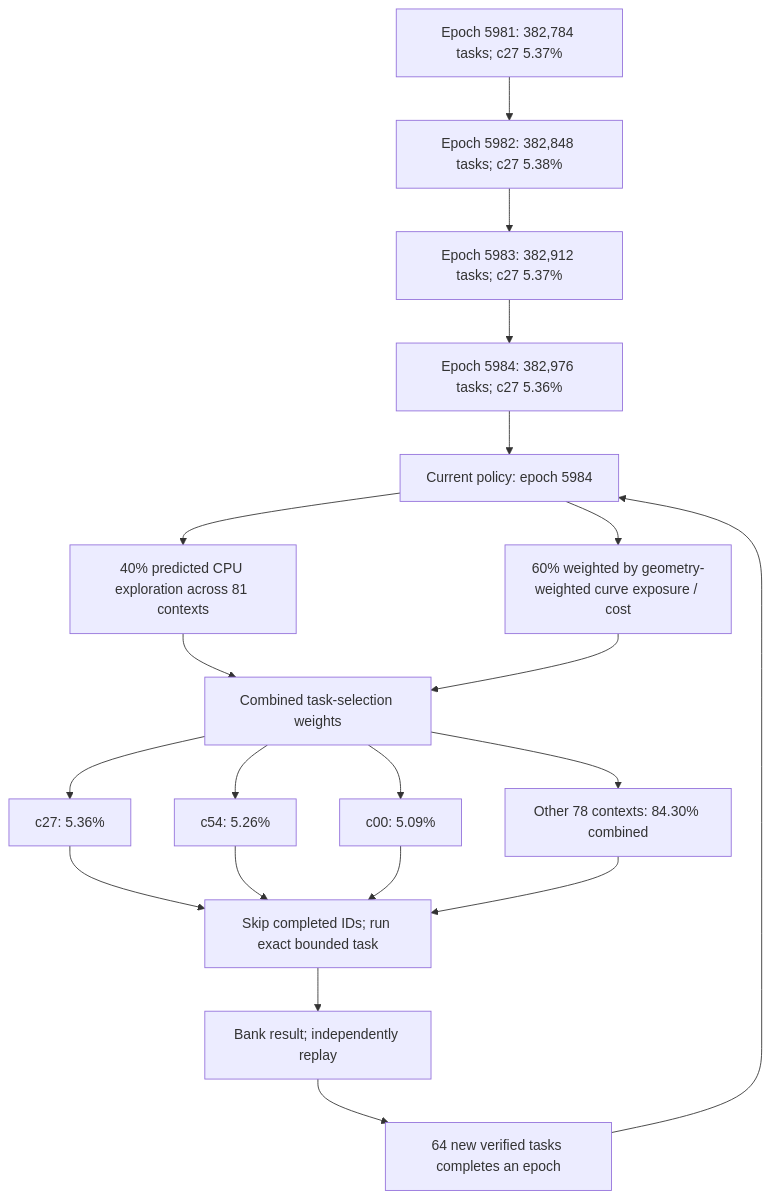
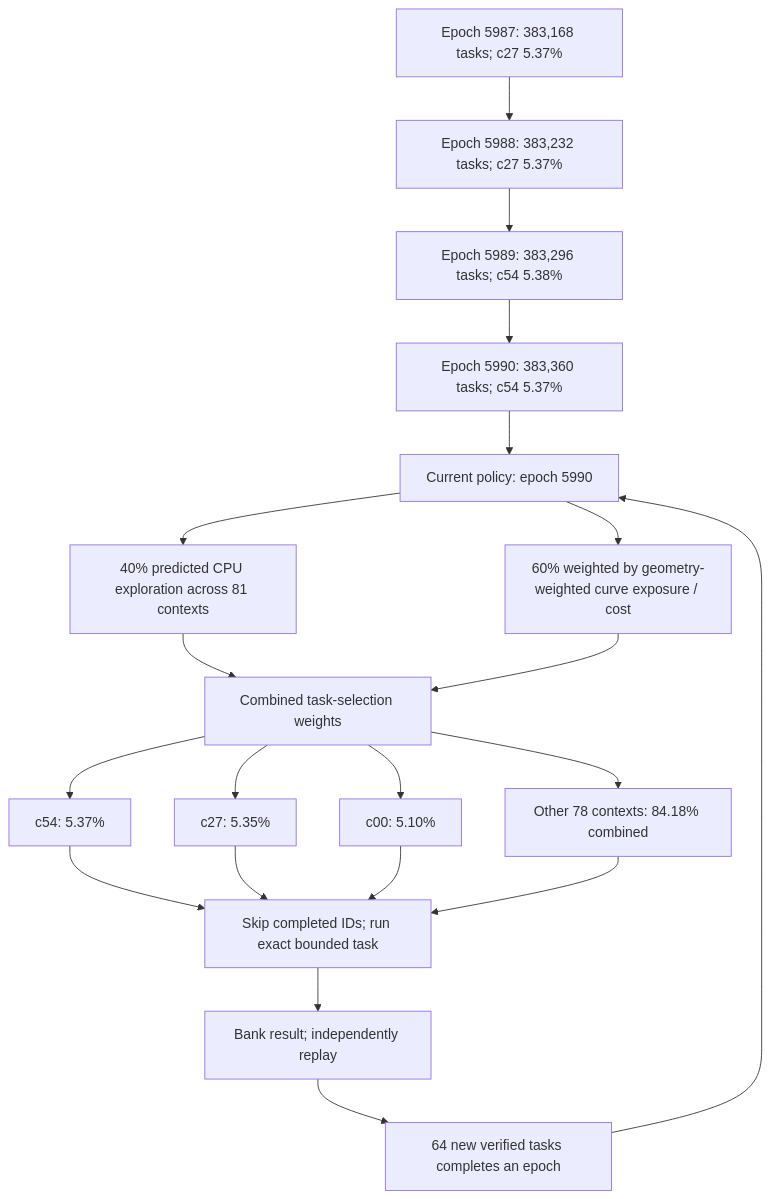
One commit to Kuberwastaken/math-gambling changed the first of 3 diagrams in README.md. Above: the diagram before and after it, drawn with Mermaid. The commit also changed other lines of this file and 2320 other files, not shown here.

````diff
--- a/README.md
+++ b/README.md
@@ -60,27 +60,27 @@
 ```mermaid
 flowchart TD
-    H0["Epoch 5981: 382,784 tasks; c27 5.37%"]
-    H1["Epoch 5982: 382,848 tasks; c27 5.38%"]
+    H0["Epoch 5987: 383,168 tasks; c27 5.37%"]
+    H1["Epoch 5988: 383,232 tasks; c27 5.37%"]
     H0 --> H1
-    H2["Epoch 5983: 382,912 tasks; c27 5.37%"]
+    H2["Epoch 5989: 383,296 tasks; c54 5.38%"]
     H1 --> H2
-    H3["Epoch 5984: 382,976 tasks; c27 5.36%"]
+    H3["Epoch 5990: 383,360 tasks; c54 5.37%"]
     H2 --> H3
-    Policy["Current policy: epoch 5984"]
+    Policy["Current policy: epoch 5990"]
     H3 --> Policy
     Policy --> Explore["40% predicted CPU exploration across 81 contexts"]
     Policy --> Cost["60% weighted by geometry-weighted curve exposure / cost"]
     Explore --> Mix["Combined task-selection weights"]
     Cost --> Mix
-    Mix --> C0["c27: 5.36%"]
-    Mix --> C1["c54: 5.26%"]
-    Mix --> C2["c00: 5.09%"]
-    Mix --> Rest["Other 78 contexts: 84.30% combined"]
+    Mix --> C0["c54: 5.37%"]
+    Mix --> C1["c27: 5.35%"]
+    Mix --> C2["c00: 5.10%"]
+    Mix --> Rest["Other 78 contexts: 84.18% combined"]
     C0 --> Check["Skip completed IDs; run exact bounded task"]
     C1 --> Check
     C2 --> Check
     Rest --> Check
     Check --> Replay["Bank result; independently replay"]
     Replay --> Gate["64 new verified tasks completes an epoch"]
     Gate --> Policy
 ```
````
